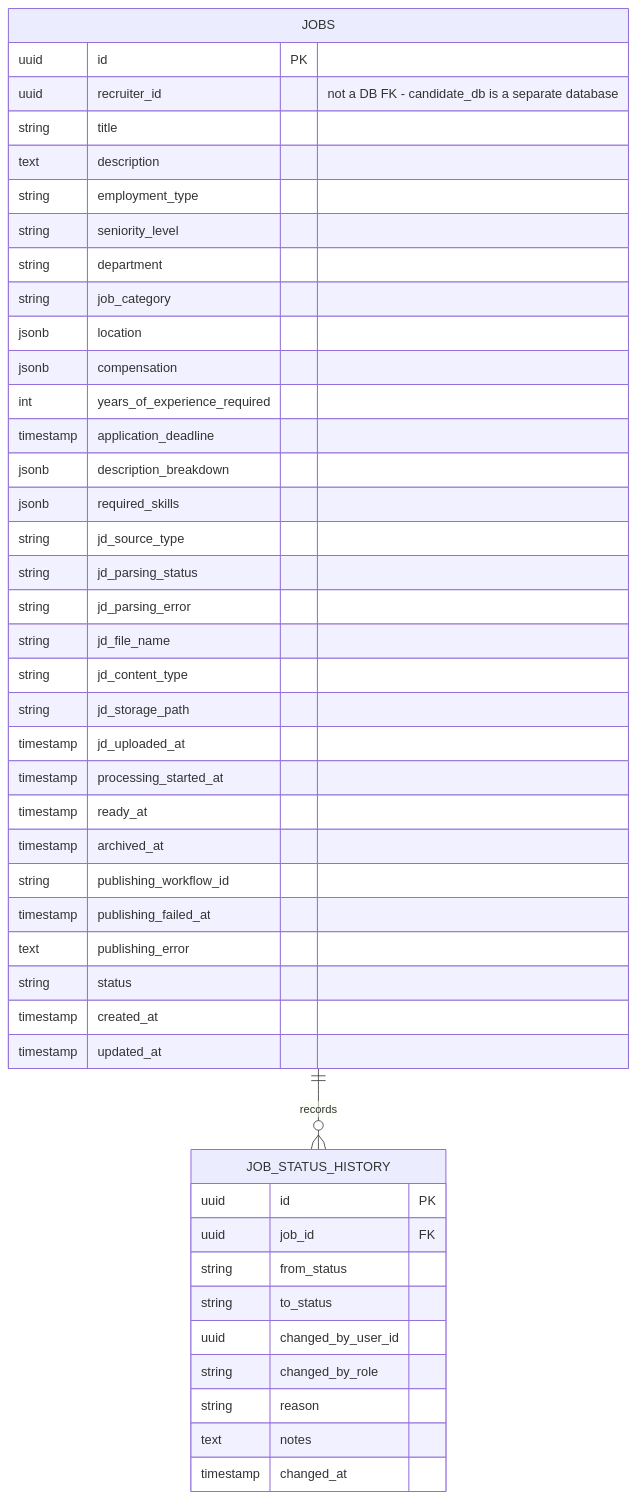
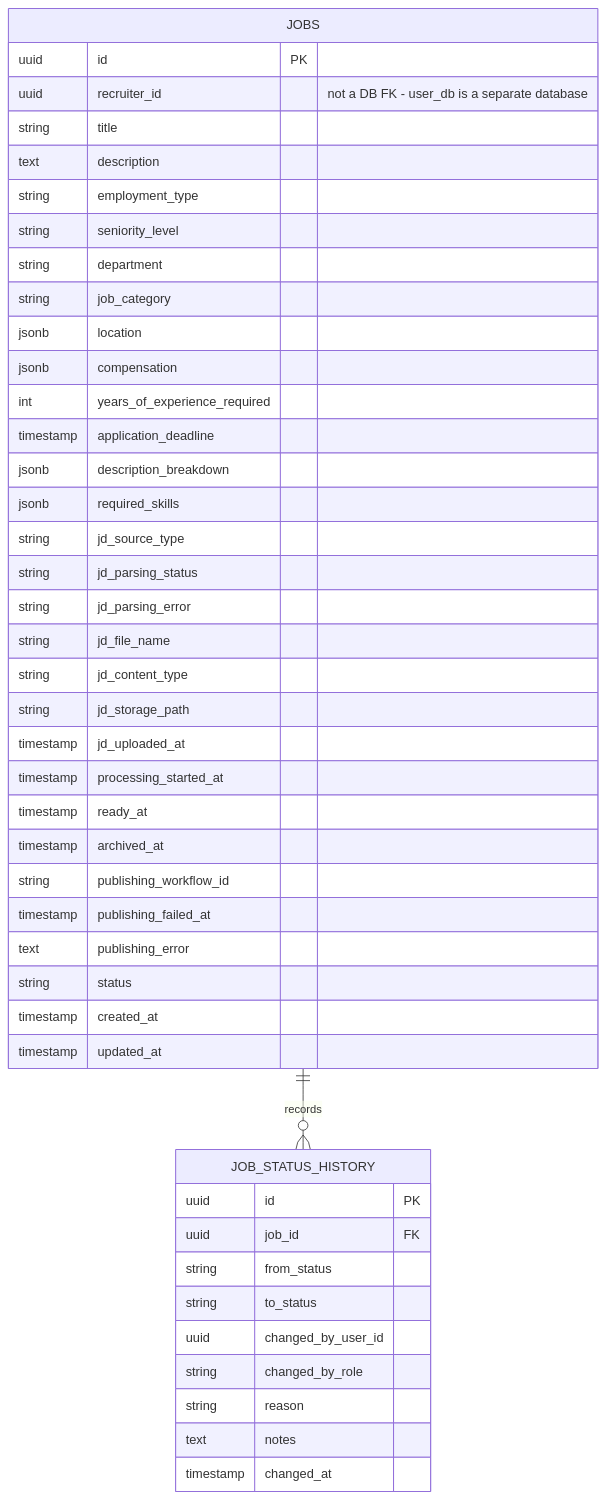
One commit to afnan-emumba/smart-hire changed the second of 5 diagrams in docs/DATABASE.md. Above: the diagram before and after it, drawn with Mermaid. The commit also changed other lines of this file and 84 other files, not shown here.

First line of the commit message:
feat: Initialize user service with API, database models, and client integrations

````diff
--- a/docs/DATABASE.md
+++ b/docs/DATABASE.md
@@ -49,49 +43,49 @@
 ```mermaid
 erDiagram
     JOBS ||--o{ JOB_STATUS_HISTORY : records
 
     JOBS {
         uuid id PK
-        uuid recruiter_id "not a DB FK - candidate_db is a separate database"
+        uuid recruiter_id "not a DB FK - user_db is a separate database"
         string title
         text description
         string employment_type
         string seniority_level
         string department
         string job_category
         jsonb location
         jsonb compensation
         int years_of_experience_required
         timestamp application_deadline
         jsonb description_breakdown
         jsonb required_skills
         string jd_source_type
         string jd_parsing_status
         string jd_parsing_error
         string jd_file_name
         string jd_content_type
         string jd_storage_path
         timestamp jd_uploaded_at
         timestamp processing_started_at
         timestamp ready_at
         timestamp archived_at
         string publishing_workflow_id
         timestamp publishing_failed_at
         text publishing_error
         string status
         timestamp created_at
         timestamp updated_at
     }
 
     JOB_STATUS_HISTORY {
         uuid id PK
         uuid job_id FK
         string from_status
         string to_status
         uuid changed_by_user_id
         string changed_by_role
         string reason
         text notes
         timestamp changed_at
     }
 ```
````
